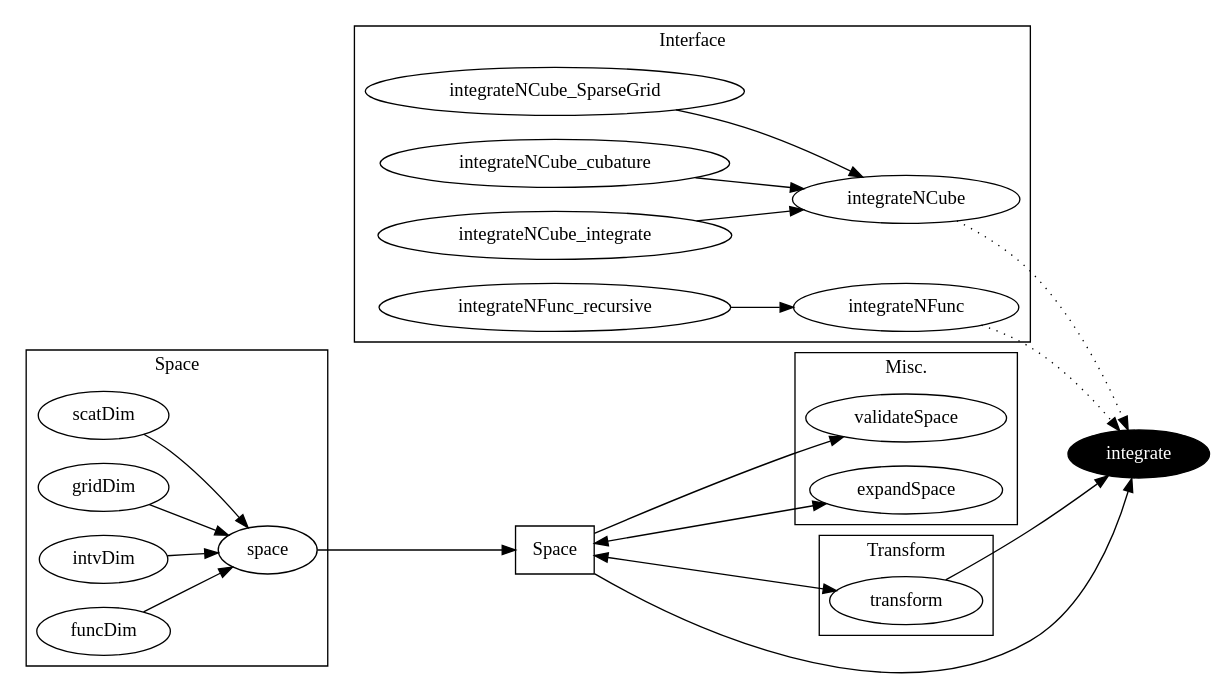
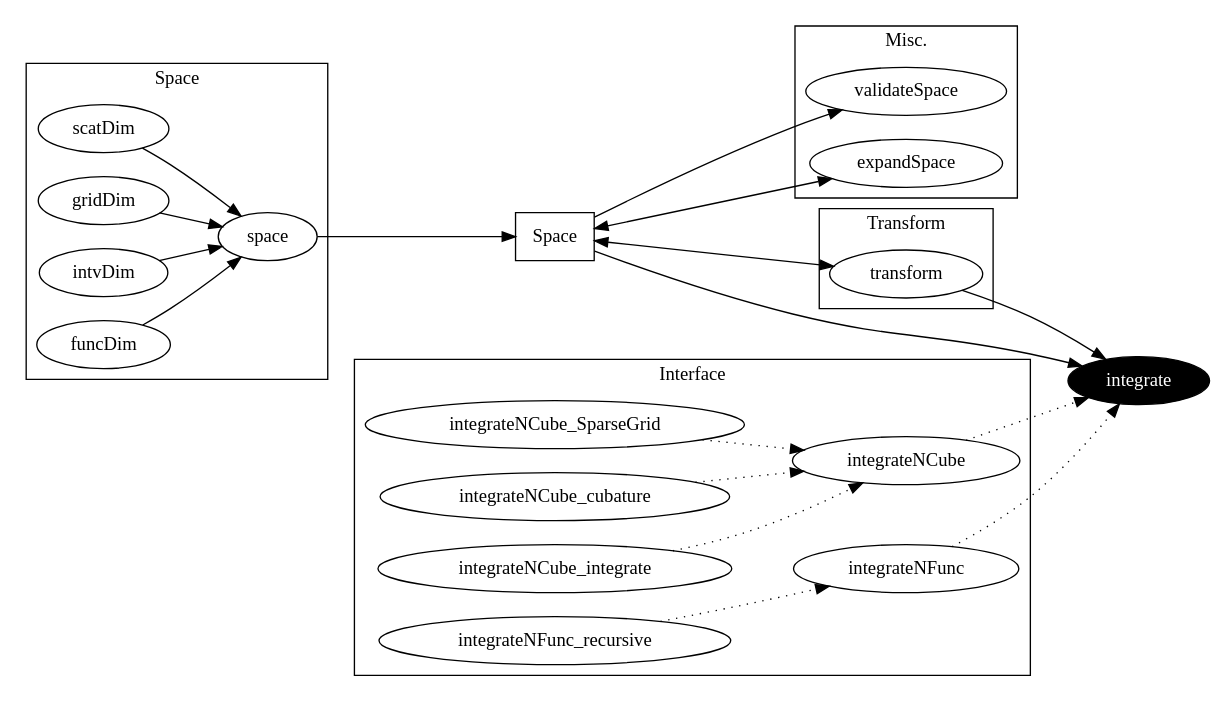
Before and after one commit to arappold/docopulae: the diagram in misc/nint.dot, drawn with Graphviz. The commit also changed 12 other files, not shown here.

Commit message:
renamed FedorovWynn to Wynn, renamed argument names, fixed initial type of paramWynn.Rd, updated Wynn to check for equal x and desx in sensF defaults, updated plot to recursively find base design, redefined and fixed default sensitivity label for plot, updated dot graphs, docu update

```diff
--- a/misc/nint.dot
+++ b/misc/nint.dot
@@ -1,42 +1,44 @@
 digraph {
-    rankdir = LR;
-    Space [shape=box];
+    rankdir = LR
 
     subgraph cluster_space {
-        label = "Space";
-        fontname = bold;
-        {scatDim; gridDim; intvDim; funcDim} -> space;
+        label = "Space"
+        fontname = bold
+        {scatDim; gridDim; intvDim; funcDim} -> space
     }
 
-    space -> Space;
+    Space [shape=box]
+
+    space -> Space
 
     subgraph cluster_space_misc {
-        label = "Misc.";
-        fontname = bold;
-        validateSpace;
-        expandSpace;
+        label = "Misc."
+        fontname = bold
+        validateSpace
+        expandSpace
     }
 
-    Space -> validateSpace;
-    Space -> expandSpace [dir=both];
+    Space -> validateSpace
+    Space -> expandSpace [dir=both]
 
     subgraph cluster_space_transform {
-        label = "Transform";
-        fontname = bold;
-        transform;
+        label = "Transform"
+        fontname = bold
+        transform
     }
 
-    Space -> transform [dir=both];
+    Space -> transform [dir=both]
 
     subgraph cluster_interface {
-        label = "Interface";
-        fontname = bold;
-        {integrateNCube_SparseGrid; integrateNCube_cubature; integrateNCube_integrate} -> integrateNCube;
-        integrateNFunc_recursive -> integrateNFunc;
+        label = "Interface"
+        fontname = bold
+        {integrateNCube_SparseGrid; integrateNCube_cubature; integrateNCube_integrate} -> integrateNCube [style=dotted]
+        integrateNFunc_recursive -> integrateNFunc [style=dotted]
     }
 
-    integrate [style=filled; fillcolor=black; fontcolor=white, fontname=bold];
-    Space -> integrate;
-    transform -> integrate;
-    {integrateNCube; integrateNFunc} -> integrate [style=dotted];
+    integrate [style=filled; fillcolor=black; fontcolor=white, fontname=bold]
+
+    transform -> integrate
+    Space -> integrate
+    {integrateNCube; integrateNFunc} -> integrate [style=dotted]
 }
```
